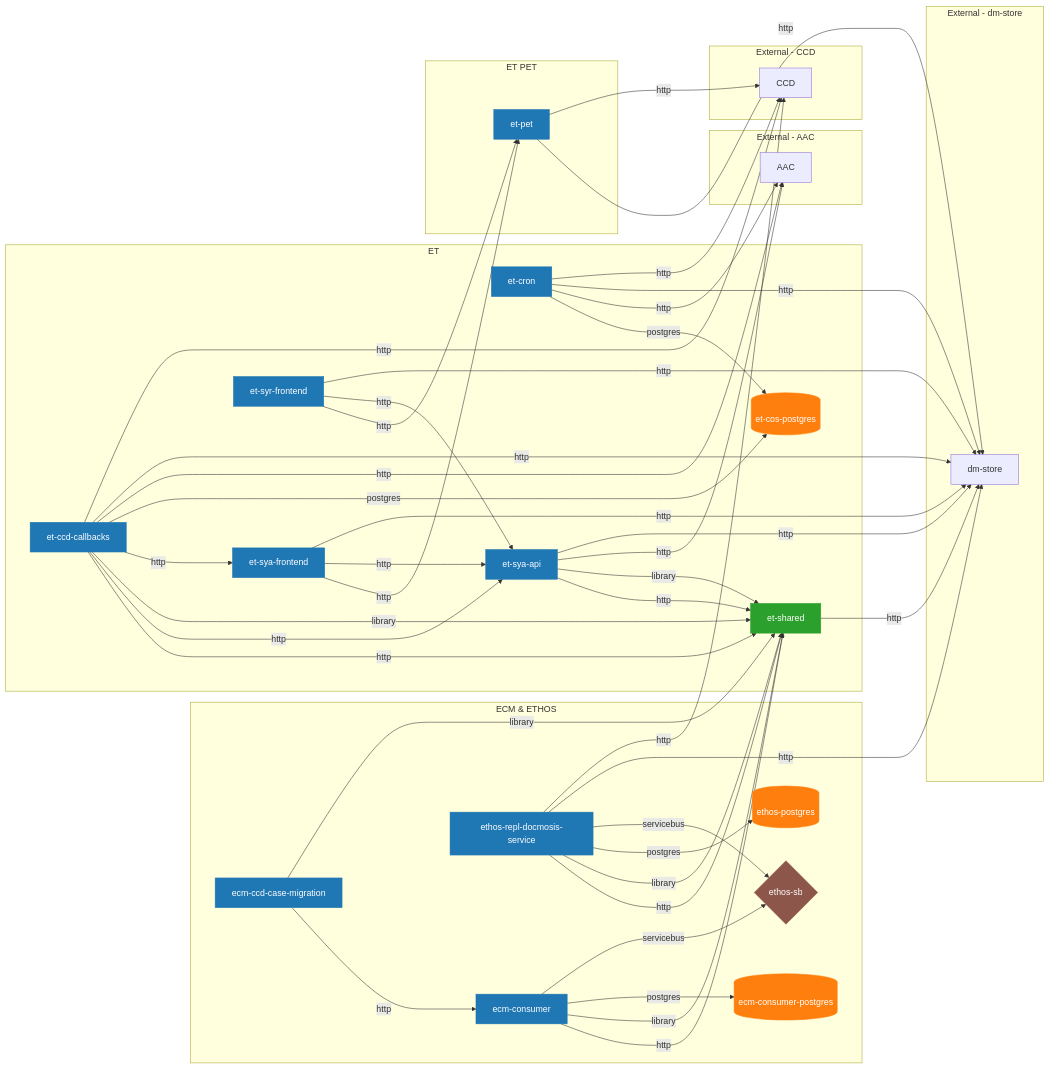
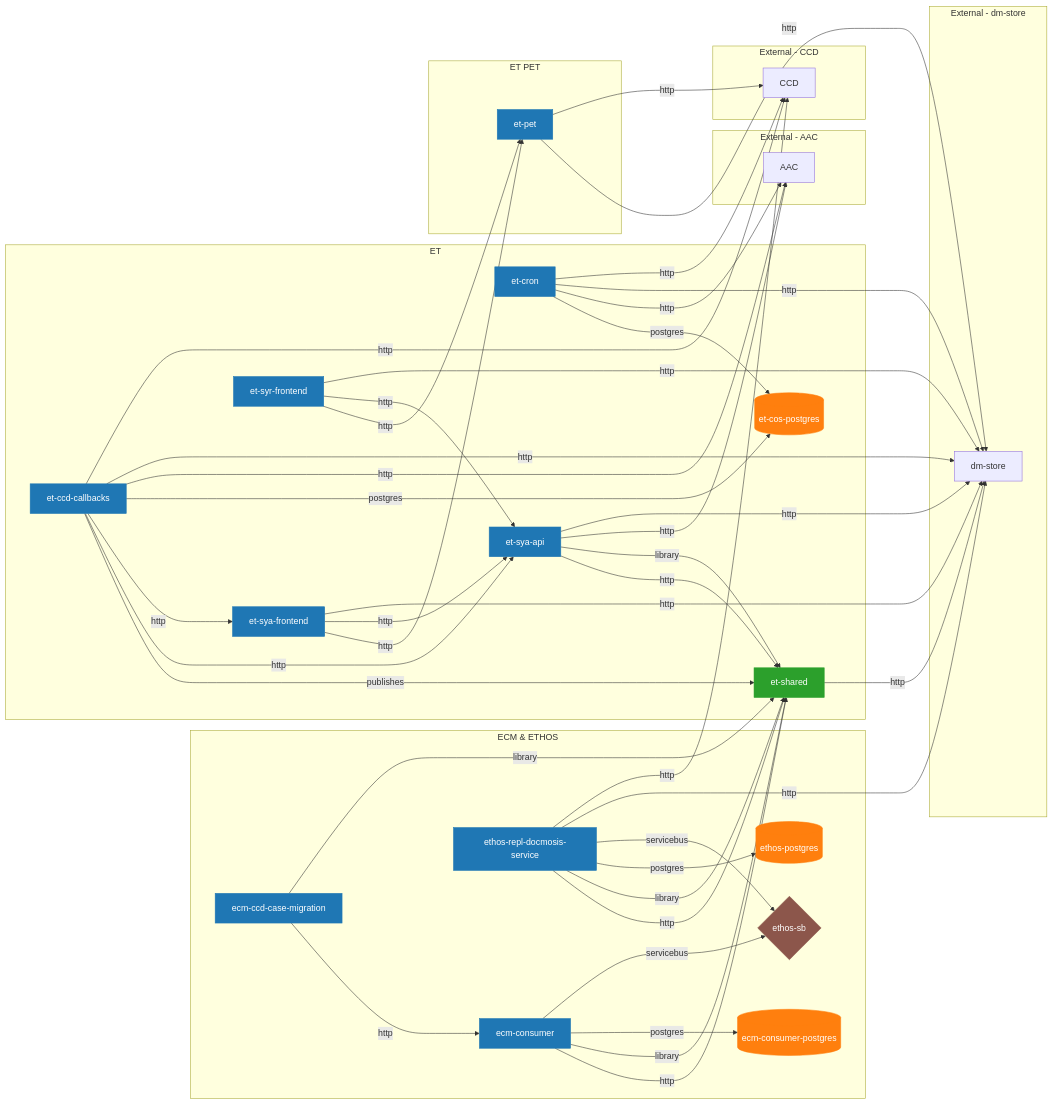
Before and after one commit to hmcts/dtsse-ccd-config-generator: the diagram in projects/decentralisation/et/solution-overview-2.md, drawn with Mermaid.

Commit message:
Update et-shared link to publishes

```diff
--- a/projects/decentralisation/et/solution-overview-2.md
+++ b/projects/decentralisation/et/solution-overview-2.md
@@ -34,9 +34,8 @@
 ecm_ccd_case_migration -->|library| et_shared
 ecm_consumer -->|http| et_shared
 ecm_consumer -->|library| et_shared
-et_ccd_callbacks -->|http| et_shared
+et_ccd_callbacks -->|publishes| et_shared
 et_ccd_callbacks -->|http| et_sya_api
-et_ccd_callbacks -->|library| et_shared
 et_ccd_callbacks -->|http| et_sya_frontend
 et_sya_api -->|http| et_shared
 et_sya_api -->|library| et_shared
```
